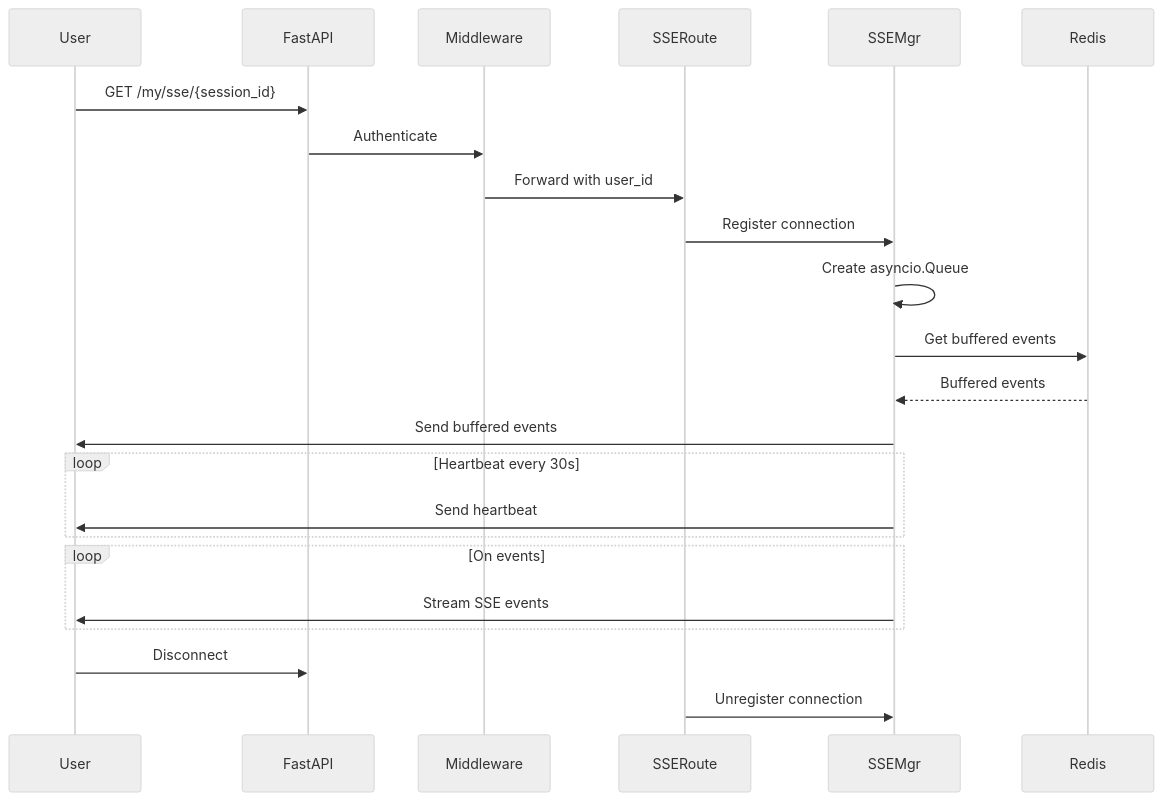
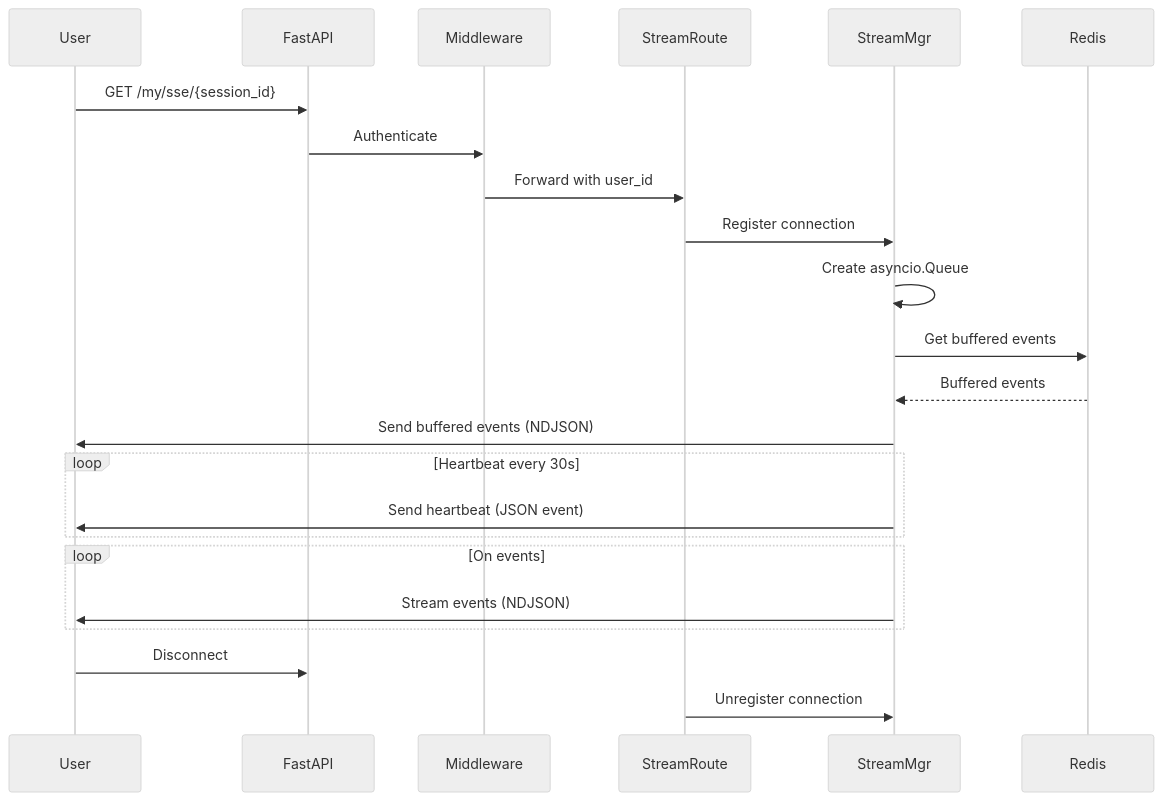
One commit to pese-git/codelab-core-service changed the fourth of 8 diagrams in doc/architecture/system-overview.md. Above: the diagram before and after it, drawn with Mermaid (neutral theme). The commit also changed other lines of this file and 6 other files, not shown here.

````diff
--- a/doc/architecture/system-overview.md
+++ b/doc/architecture/system-overview.md
@@ -295,31 +297,31 @@
 ```mermaid
 sequenceDiagram
     participant User
     participant FastAPI
     participant Middleware
-    participant SSERoute
-    participant SSEMgr
+    participant StreamRoute
+    participant StreamMgr
     participant Redis
     
     User->>FastAPI: GET /my/sse/{session_id}
     FastAPI->>Middleware: Authenticate
-    Middleware->>SSERoute: Forward with user_id
-    
-    SSERoute->>SSEMgr: Register connection
-    SSEMgr->>SSEMgr: Create asyncio.Queue
-    SSEMgr->>Redis: Get buffered events
-    Redis-->>SSEMgr: Buffered events
-    
-    SSEMgr->>User: Send buffered events
-    
+    Middleware->>StreamRoute: Forward with user_id
+
+    StreamRoute->>StreamMgr: Register connection
+    StreamMgr->>StreamMgr: Create asyncio.Queue
+    StreamMgr->>Redis: Get buffered events
+    Redis-->>StreamMgr: Buffered events
+
+    StreamMgr->>User: Send buffered events (NDJSON)
+
     loop Heartbeat every 30s
-        SSEMgr->>User: Send heartbeat
+        StreamMgr->>User: Send heartbeat (JSON event)
     end
-    
+
     loop On events
-        SSEMgr->>User: Stream SSE events
+        StreamMgr->>User: Stream events (NDJSON)
     end
-    
+
     User->>FastAPI: Disconnect
-    SSERoute->>SSEMgr: Unregister connection
+    StreamRoute->>StreamMgr: Unregister connection
 ```
````
